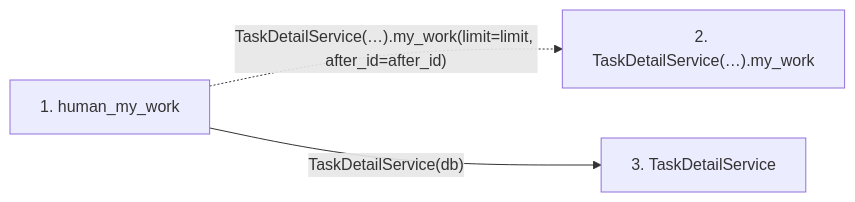
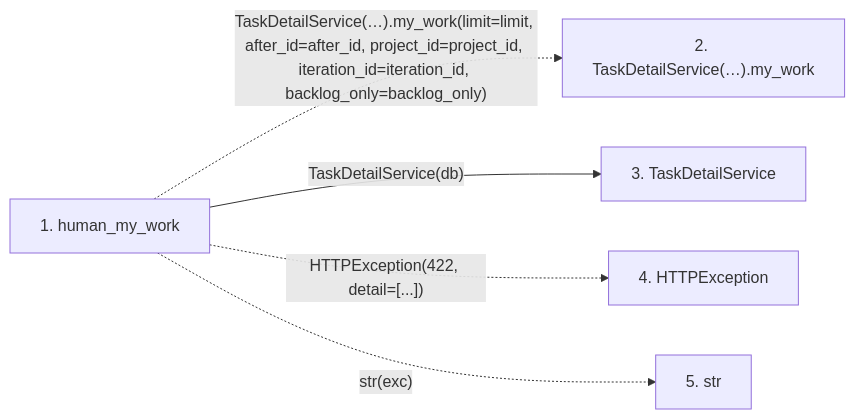
One commit to Denissvgn/WorkChord changed the second of 2 diagrams in docs/llm_wiki/flows/http-human_my_work.md. Above: the diagram before and after it, drawn with Mermaid. The commit also changed other lines of this file and 6624 other files, not shown here.

````diff
--- a/docs/llm_wiki/flows/http-human_my_work.md
+++ b/docs/llm_wiki/flows/http-human_my_work.md
@@ -22,10 +26,14 @@
 ```mermaid
 flowchart LR
     s1["1. human_my_work"]
     s2["2. TaskDetailService(…).my_work"]
     s3["3. TaskDetailService"]
-    s1 -. "TaskDetailService(…).my_work(limit=limit, after_id=after_id)" .-> s2
+    s4["4. HTTPException"]
+    s5["5. str"]
+    s1 -. "TaskDetailService(…).my_work(limit=limit, after_id=after_id, project_id=project_id, iteration_id=iteration_id, backlog_only=backlog_only)" .-> s2
     s1 -->|"TaskDetailService(db)"| s3
+    s1 -. "HTTPException(422, detail=[...])" .-> s4
+    s1 -. "str(exc)" .-> s5
     click s1 "../modules/routers_task_domain.md"
     click s3 "../modules/task_detail_service.md"
 ```
````
